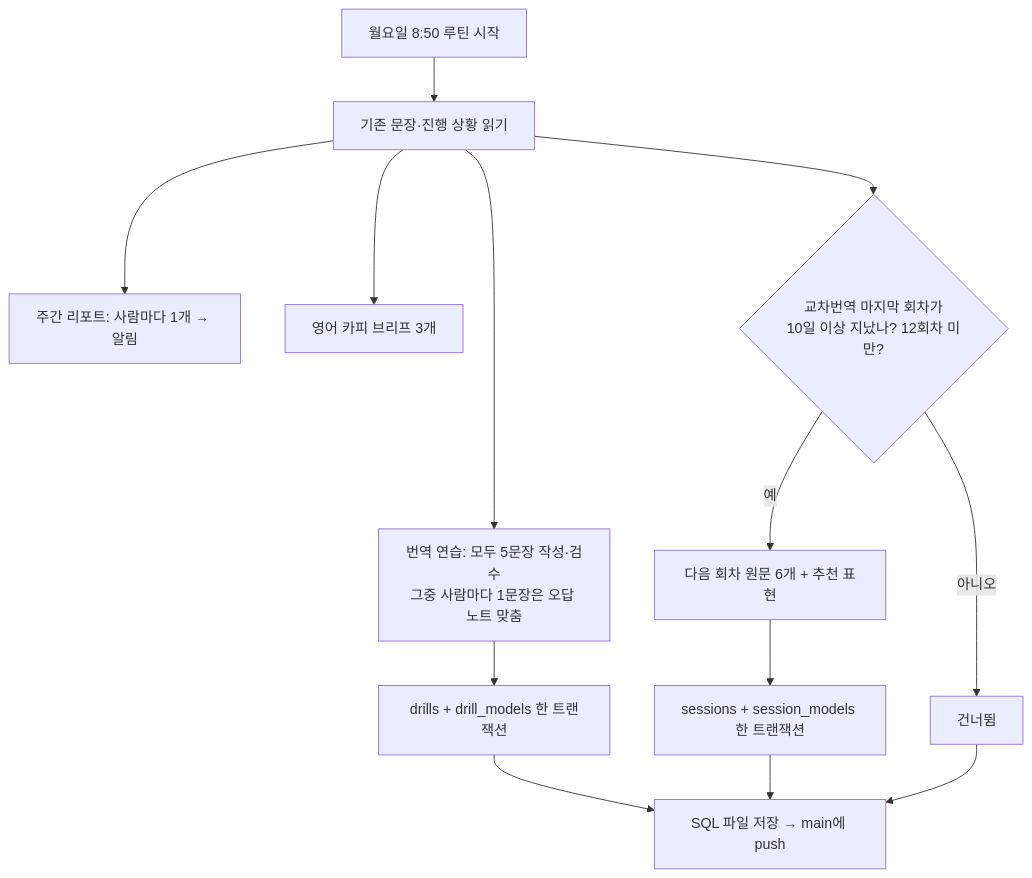
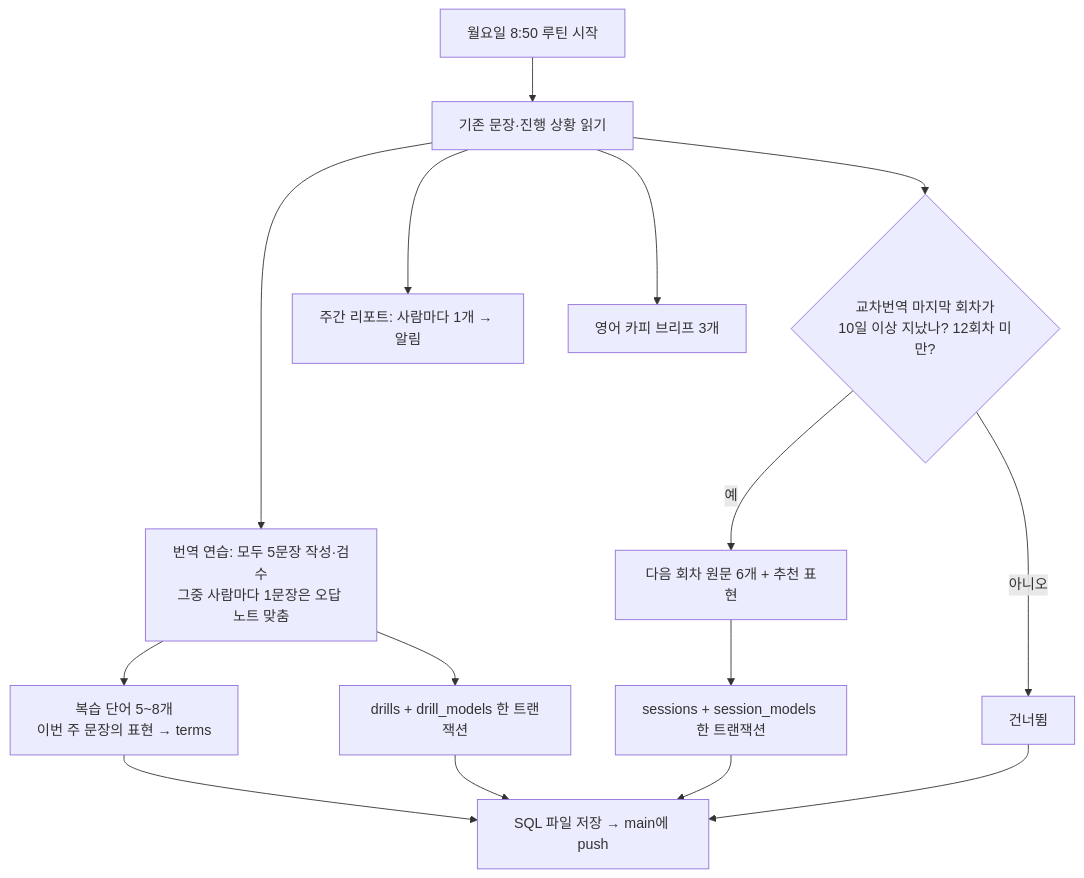
The diagram in notes/routines/weekly-content.md (GooseyBee/root-register), drawn with Mermaid before and after one commit. The commit also changed other lines of this file and 3 other files, not shown here.

````diff
--- a/notes/routines/weekly-content.md
+++ b/notes/routines/weekly-content.md
@@ -9,15 +9,17 @@
 ```mermaid
 flowchart TD
   S[월요일 8:50 루틴 시작] --> R[기존 문장·진행 상황 읽기]
   R --> D[번역 연습: 모두 5문장 작성·검수<br/>그중 사람마다 1문장은 오답 노트 맞춤]
   R --> RP[주간 리포트: 사람마다 1개 → 알림]
   R --> CB[영어 카피 브리프 3개]
+  D --> T[복습 단어 5~8개<br/>이번 주 문장의 표현 → terms]
   D --> I1[drills + drill_models 한 트랜잭션]
   R --> Q{교차번역 마지막 회차가<br/>10일 이상 지났나? 12회차 미만?}
   Q -->|예| X[다음 회차 원문 6개 + 추천 표현]
   X --> I2[sessions + session_models 한 트랜잭션]
   Q -->|아니오| K[건너뜀]
   I1 --> F[SQL 파일 저장 → main에 push]
   I2 --> F
   K --> F
+  T --> F
 ```
````
